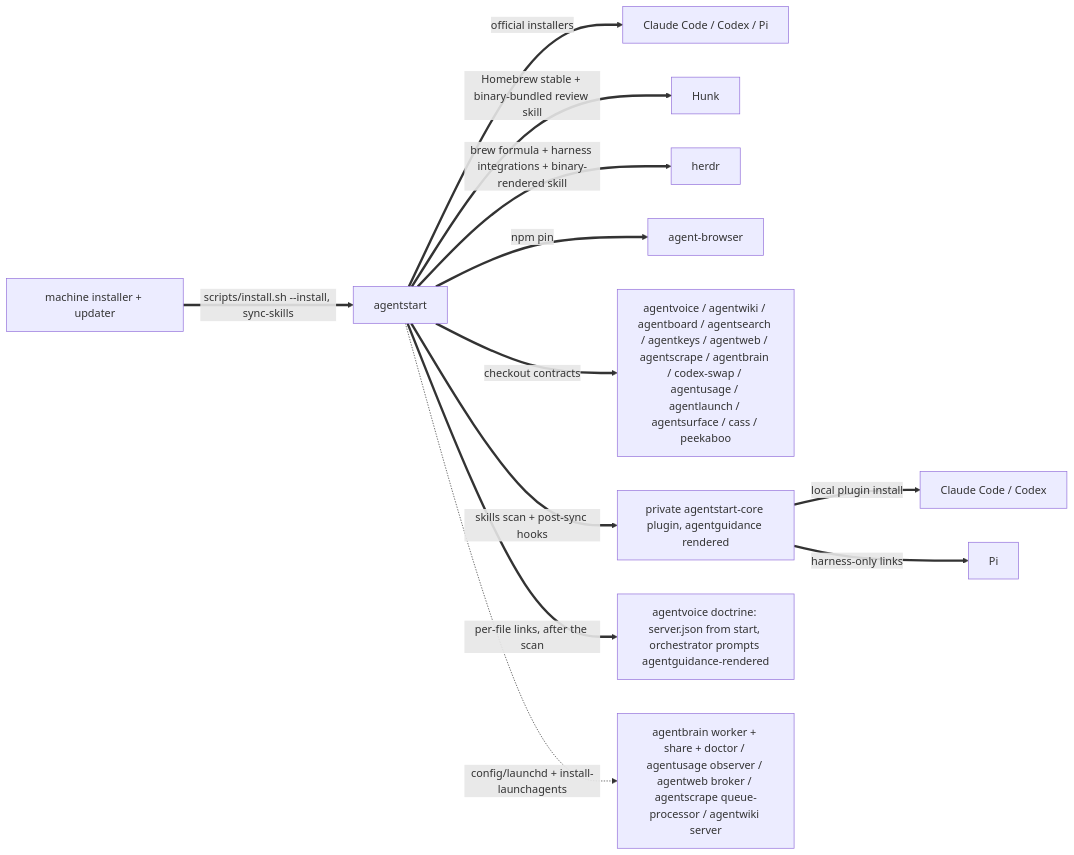
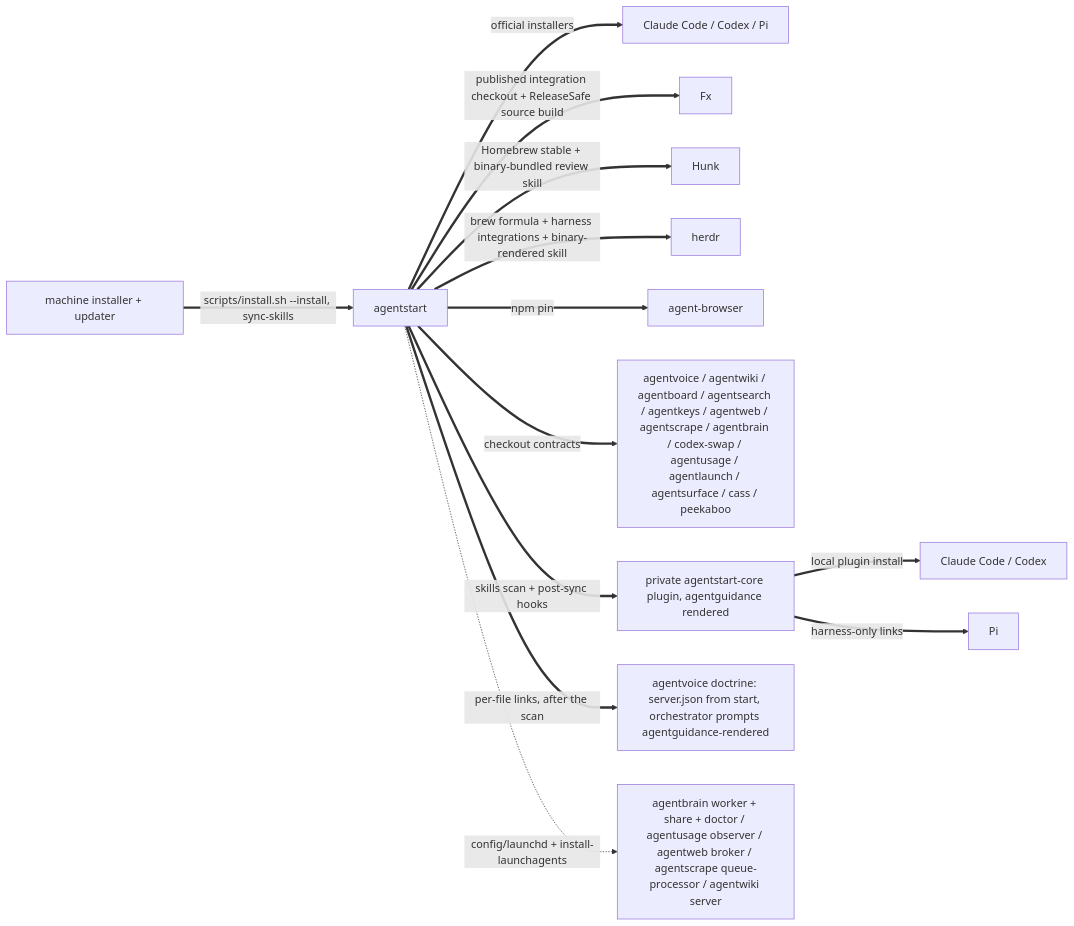
Before and after one commit to possibilities/agentdots: the second of 3 diagrams in skills/fleet/MAP.md, drawn with Mermaid. The commit also changed other lines of this file and 5 other files, not shown here.

````diff
--- a/skills/fleet/MAP.md
+++ b/skills/fleet/MAP.md
@@ -80,17 +80,18 @@
 ```mermaid
 flowchart LR
     machine[machine installer + updater]
     start[agentstart]
 
     machine ==>|scripts/install.sh --install, sync-skills| start
     start ==>|official installers| harnesses[Claude Code / Codex / Pi]
+    start ==>|published integration checkout + ReleaseSafe source build| fx[Fx]
     start ==>|Homebrew stable + binary-bundled review skill| hunk[Hunk]
     start ==>|brew formula + harness integrations + binary-rendered skill| herdrInstall[herdr]
     start ==>|npm pin| browser[agent-browser]
     start ==>|checkout contracts| fleet[agentvoice / agentwiki / agentboard / agentsearch / agentkeys / agentweb / agentscrape / agentbrain / codex-swap / agentusage / agentlaunch / agentsurface / cass / peekaboo]
     start ==>|skills scan + post-sync hooks| skills[private agentstart-core plugin, agentguidance rendered]
     skills ==>|local plugin install| coreHarnesses[Claude Code / Codex]
     skills ==>|harness-only links| piSkills[Pi]
     start ==>|per-file links, after the scan| voiceDoctrine[agentvoice doctrine: server.json from start, orchestrator prompts agentguidance-rendered]
     start -.->|config/launchd + install-launchagents| services[agentbrain worker + share + doctor / agentusage observer / agentweb broker / agentscrape queue-processor / agentwiki server]
 ```
````
